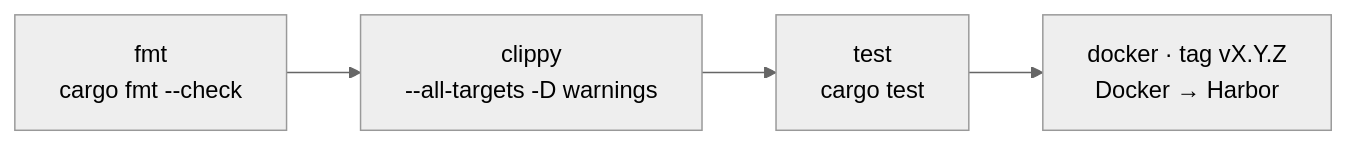
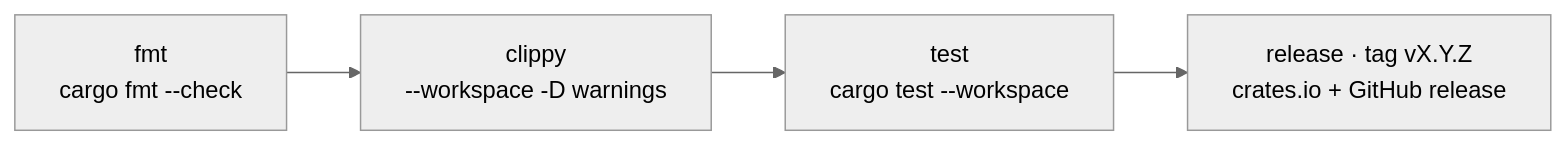
Before and after one commit to snodra/snodra-site: the diagram in docs/messaging/rust/modules.md, drawn with Mermaid (neutral theme). The commit also changed other lines of this file and 29 other files, not shown here.

First line of the commit message:
feat: the site is served by GitHub Pages

````diff
--- a/docs/messaging/rust/modules.md
+++ b/docs/messaging/rust/modules.md
@@ -38,4 +38,4 @@
 ```mermaid
 flowchart LR
-    fmt["fmt<br/>cargo fmt --check"] --> clippy["clippy<br/>--all-targets -D warnings"] --> test["test<br/>cargo test"] --> docker["docker · tag vX.Y.Z<br/>Docker → Harbor"]
+    fmt["fmt<br/>cargo fmt --check"] --> clippy["clippy<br/>--workspace -D warnings"] --> test["test<br/>cargo test --workspace"] --> release["release · tag vX.Y.Z<br/>crates.io + GitHub release"]
 ```
````
